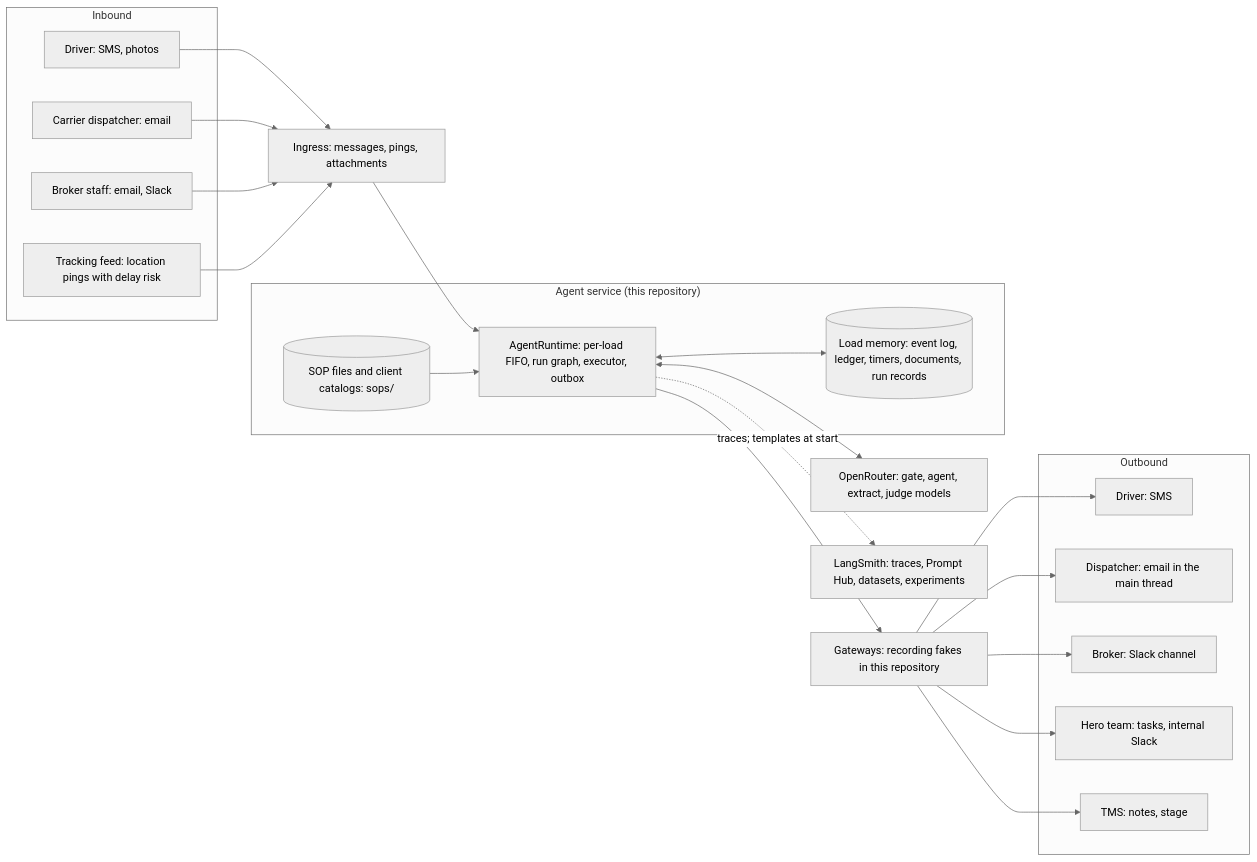
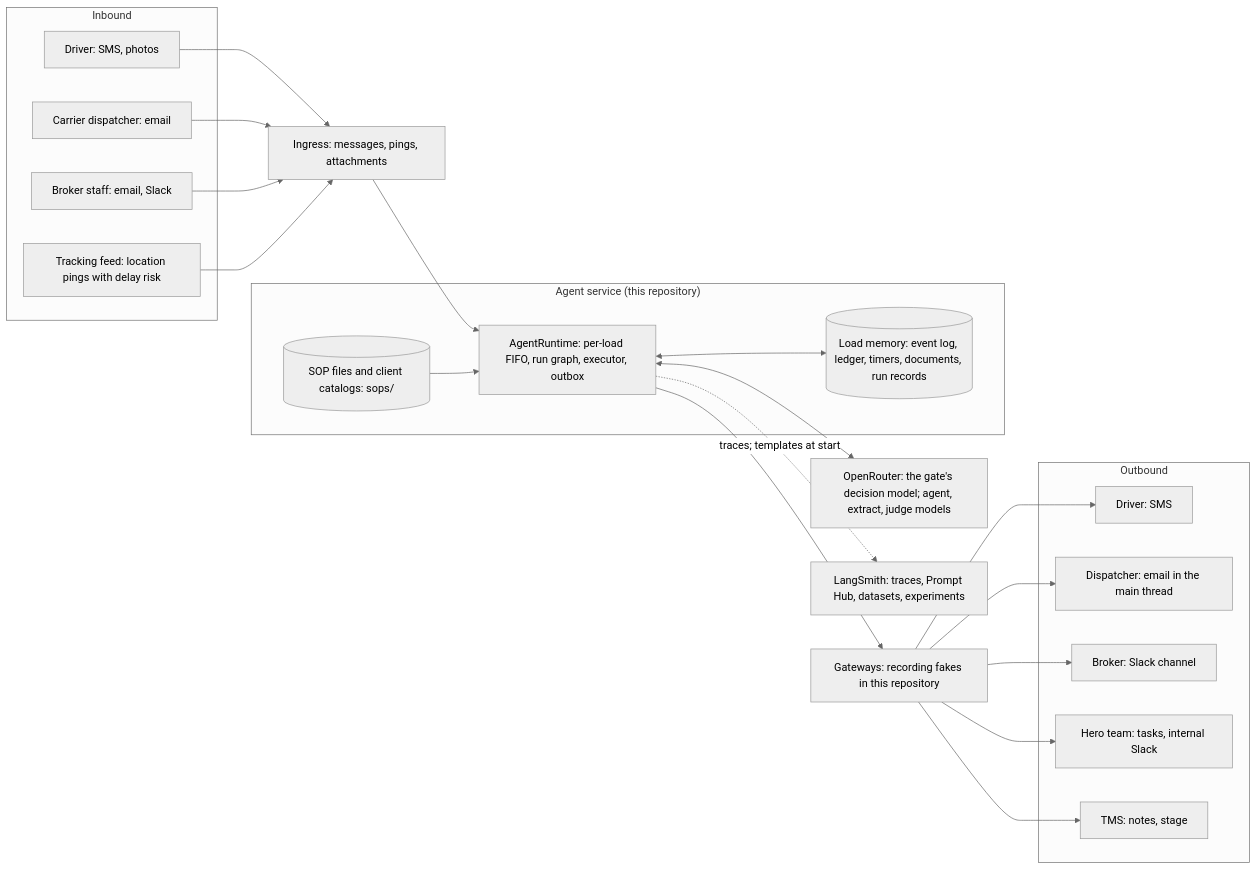
Before and after one commit to pedrocwb/freight-hero-assessment: the first of 10 diagrams in docs/architecture.md, drawn with Mermaid (neutral theme). The commit also changed other lines of this file and 3 other files, not shown here.

First line of the commit message:
Report the gate engine comparison and describe the decision-model gate

````diff
--- a/docs/architecture.md
+++ b/docs/architecture.md
@@ -23,46 +23,46 @@
 ```mermaid
 flowchart LR
   subgraph inbound["Inbound"]
     driverIn["Driver: SMS, photos"]
     dispatcherIn["Carrier dispatcher: email"]
     brokerIn["Broker staff: email, Slack"]
     tracking["Tracking feed: location pings with delay risk"]
   end
 
   ingress["Ingress: messages, pings, attachments"]
 
   subgraph service["Agent service (this repository)"]
     runtime["AgentRuntime: per-load FIFO, run graph, executor, outbox"]
     memory[("Load memory: event log, ledger, timers, documents, run records")]
     sops[("SOP files and client catalogs: sops/")]
   end
 
   gateways["Gateways: recording fakes in this repository"]
 
   subgraph outbound["Outbound"]
     driverOut["Driver: SMS"]
     dispatcherOut["Dispatcher: email in the main thread"]
     brokerOut["Broker: Slack channel"]
     hero["Hero team: tasks, internal Slack"]
     tms["TMS: notes, stage"]
   end
 
-  openrouter["OpenRouter: gate, agent, extract, judge models"]
+  openrouter["OpenRouter: the gate's decision model; agent, extract, judge models"]
   langsmith["LangSmith: traces, Prompt Hub, datasets, experiments"]
 
   driverIn --> ingress
   dispatcherIn --> ingress
   brokerIn --> ingress
   tracking --> ingress
   ingress --> runtime
   runtime <--> memory
   sops --> runtime
   runtime --> gateways
   gateways --> driverOut
   gateways --> dispatcherOut
   gateways --> brokerOut
   gateways --> hero
   gateways --> tms
   runtime <--> openrouter
   runtime -. "traces; templates at start" .-> langsmith
 ```
````
